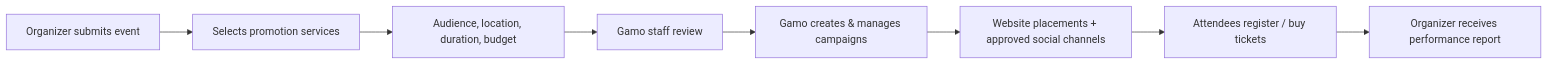
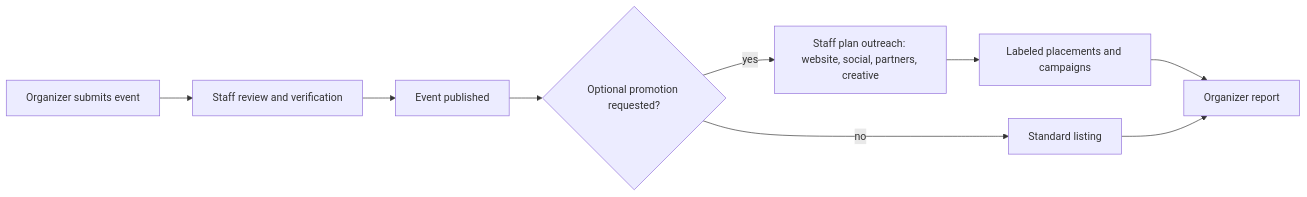
Before and after one commit to MG7CS/studio-gamo: the diagram in docs/GAMO_LIVE_AND_PARTNERS.md, drawn with Mermaid. The commit also changed other lines of this file and 18 other files, not shown here.

````diff
--- a/docs/GAMO_LIVE_AND_PARTNERS.md
+++ b/docs/GAMO_LIVE_AND_PARTNERS.md
@@ -61,10 +59,11 @@
 ```mermaid
 flowchart LR
-  A[Organizer submits event] --> B[Selects promotion services]
-  B --> C[Audience, location, duration, budget]
-  C --> D[Gamo staff review]
-  D --> E[Gamo creates & manages campaigns]
-  E --> F[Website placements + approved social channels]
-  F --> G[Attendees register / buy tickets]
-  G --> H[Organizer receives performance report]
+  A[Organizer submits event] --> B[Staff review and verification]
+  B --> C[Event published]
+  C --> D{Optional promotion requested?}
+  D -- yes --> E[Staff plan outreach: website, social, partners, creative]
+  E --> F[Labeled placements and campaigns]
+  D -- no --> G[Standard listing]
+  F --> H[Organizer report]
+  G --> H
 ```
````
